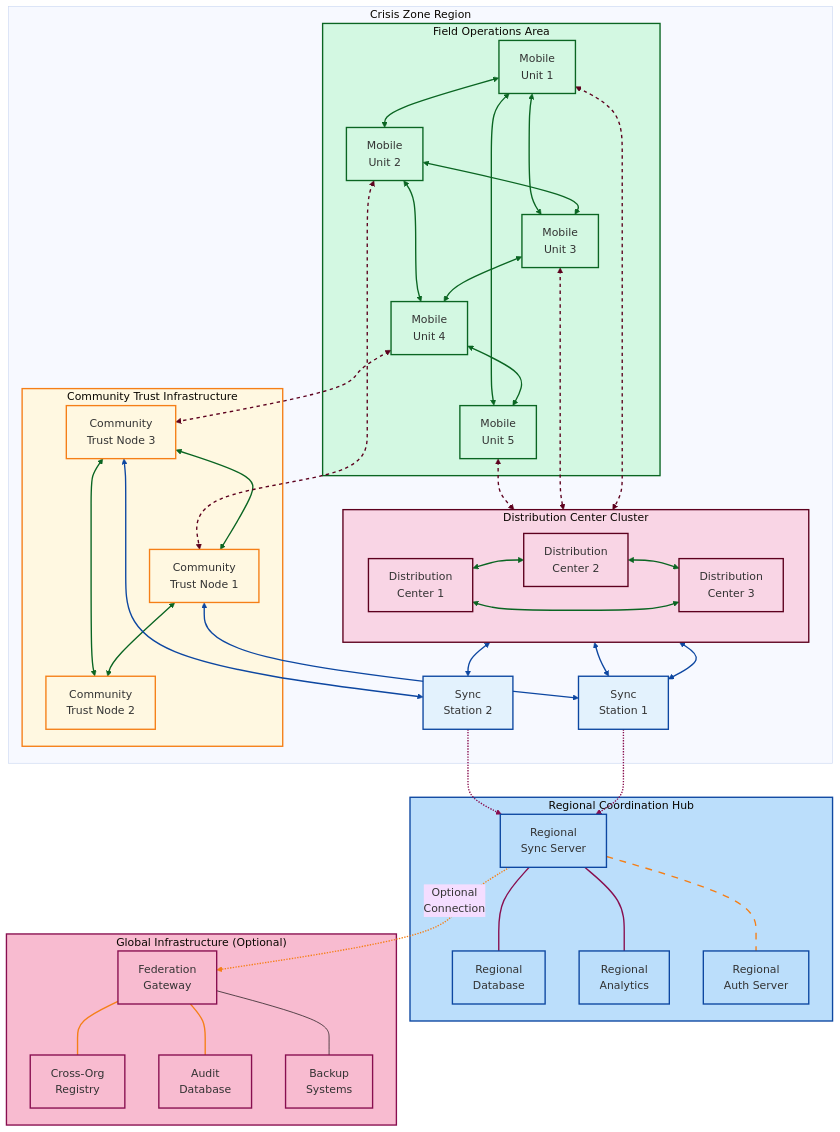
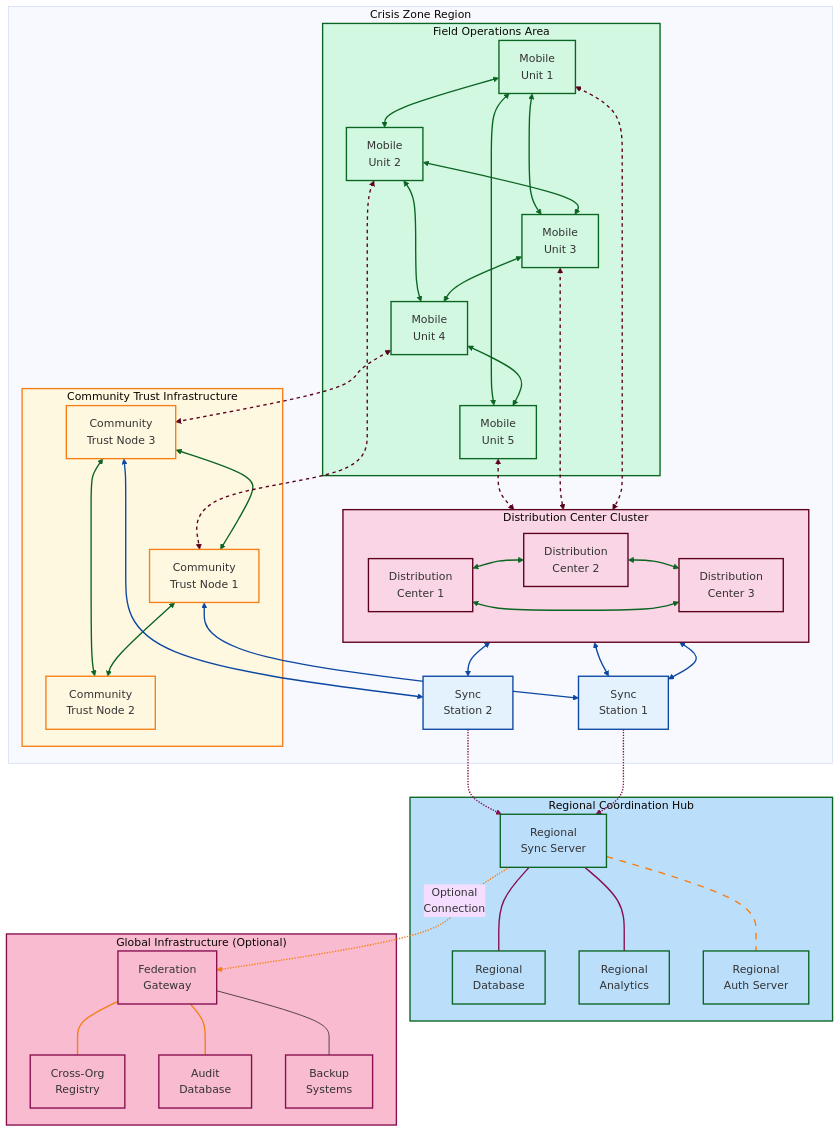
One commit to Ablikon/Endterm changed the tenth of 12 diagrams in Endterm/6 task/MESA_Humanitarian_Aid_System.md. Above: the diagram before and after it, drawn with Mermaid (base theme). The commit also changed other lines of this file, not shown here.

```diff
--- a/Endterm/6 task/MESA_Humanitarian_Aid_System.md
+++ b/Endterm/6 task/MESA_Humanitarian_Aid_System.md
@@ -776,7 +925,7 @@
     classDef distribution fill:#f9d5e5,stroke:#5d001e,stroke-width:2px
     classDef trust fill:#fff8e1,stroke:#f57f17,stroke-width:2px
     classDef sync fill:#e3f2fd,stroke:#0d47a1,stroke-width:2px
-    classDef regional fill:#bbdefb,stroke:#0d47a1,stroke-width:2px
+    classDef regional fill:#bbdefb,stroke:#0a6522,stroke-width:2px
     classDef global fill:#f8bbd0,stroke:#880e4f,stroke-width:2px
     
     class MU1,MU2,MU3,MU4,MU5,FieldOperations field
```
